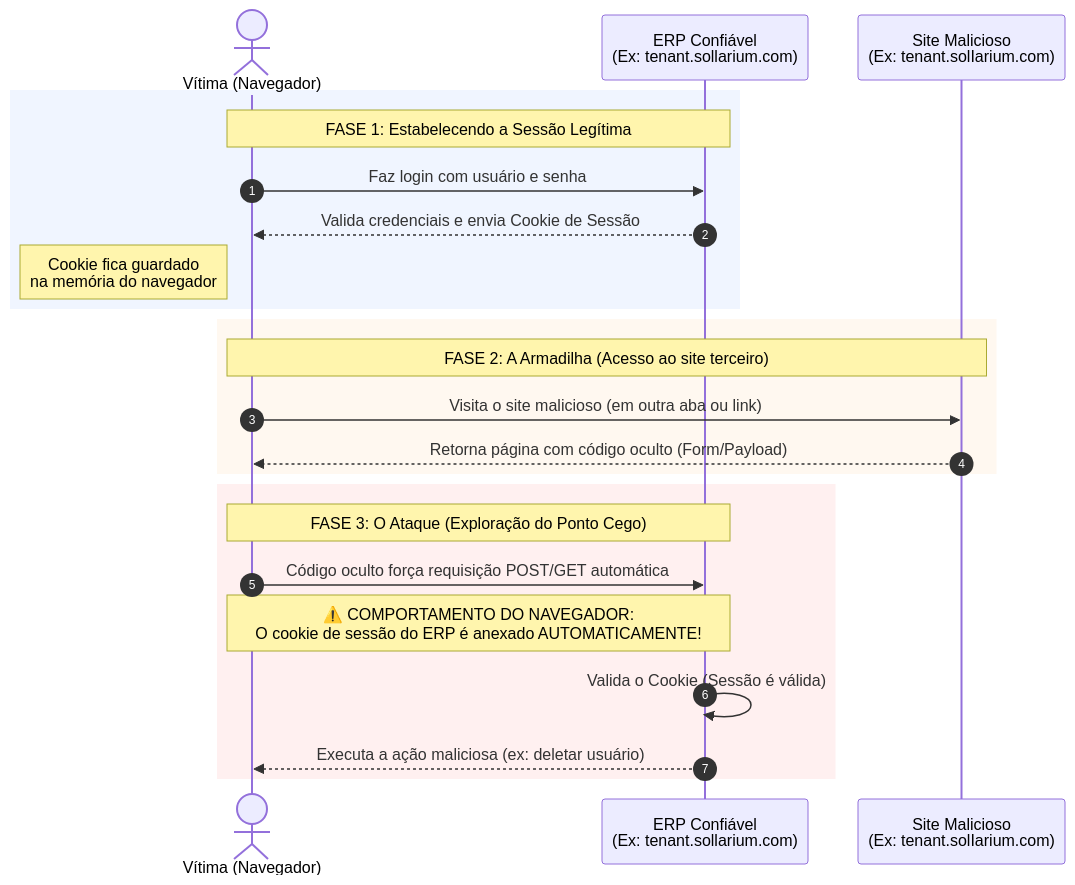
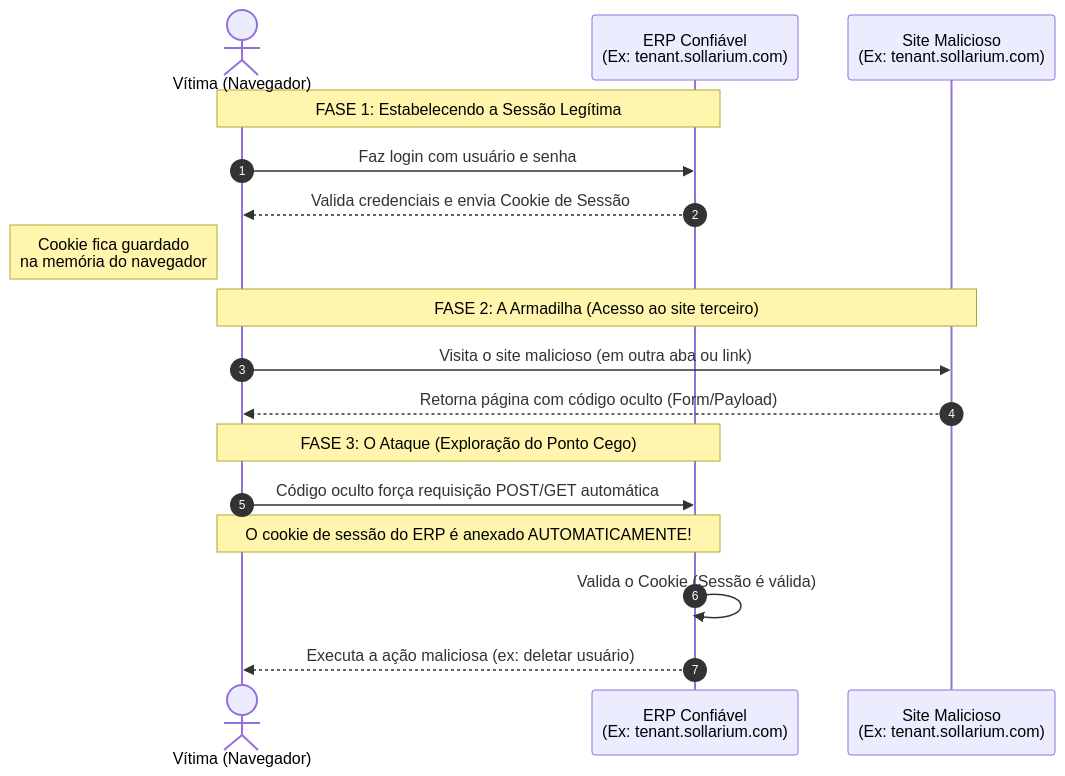
The first of 3 diagrams in README.md (CodedBytes/Sollarium-ERP-Community-Edition), drawn with Mermaid before and after one commit. The commit also changed other lines of this file and 2 other files, not shown here.

````diff
--- a/README.md
+++ b/README.md
@@ -74,33 +67,27 @@
 ```mermaid
 sequenceDiagram
     autonumber
     actor Vitima as Vítima (Navegador)
     participant ERP as ERP Confiável<br/>(Ex: tenant.sollarium.com)
     participant Hacker as Site Malicioso<br/>(Ex: tenant.solIarium.com)
 
-    %% --- FASE 1 ---
-    rect rgb(240, 245, 255)
+    %% FASE 1: Estabelecendo a Sessão Legítima
         Note over Vitima, ERP: FASE 1: Estabelecendo a Sessão Legítima
         Vitima->>ERP: Faz login com usuário e senha
         ERP-->>Vitima: Valida credenciais e envia Cookie de Sessão
         Note left of Vitima: Cookie fica guardado<br/>na memória do navegador
-    end
 
-    %% --- FASE 2 ---
-    rect rgb(255, 248, 240)
+    %% FASE 2: A Armadilha (Acesso ao site terceiro)
         Note over Vitima, Hacker: FASE 2: A Armadilha (Acesso ao site terceiro)
         Vitima->>Hacker: Visita o site malicioso (em outra aba ou link)
         Hacker-->>Vitima: Retorna página com código oculto (Form/Payload)
-    end
 
-    %% --- FASE 3 ---
-    rect rgb(255, 240, 240)
+    %% FASE 3: O Ataque (Exploração do Ponto Cego)
         Note over Vitima, ERP: FASE 3: O Ataque (Exploração do Ponto Cego)
         Vitima->>ERP: Código oculto força requisição POST/GET automática
         
-        Note over Vitima, ERP: ⚠️ COMPORTAMENTO DO NAVEGADOR:<br/>O cookie de sessão do ERP é anexado AUTOMATICAMENTE!
+        Note over Vitima, ERP: O cookie de sessão do ERP é anexado AUTOMATICAMENTE!
         
         ERP->>ERP: Valida o Cookie (Sessão é válida)
         ERP-->>Vitima: Executa a ação maliciosa (ex: deletar usuário)
-    end
 ```
````
